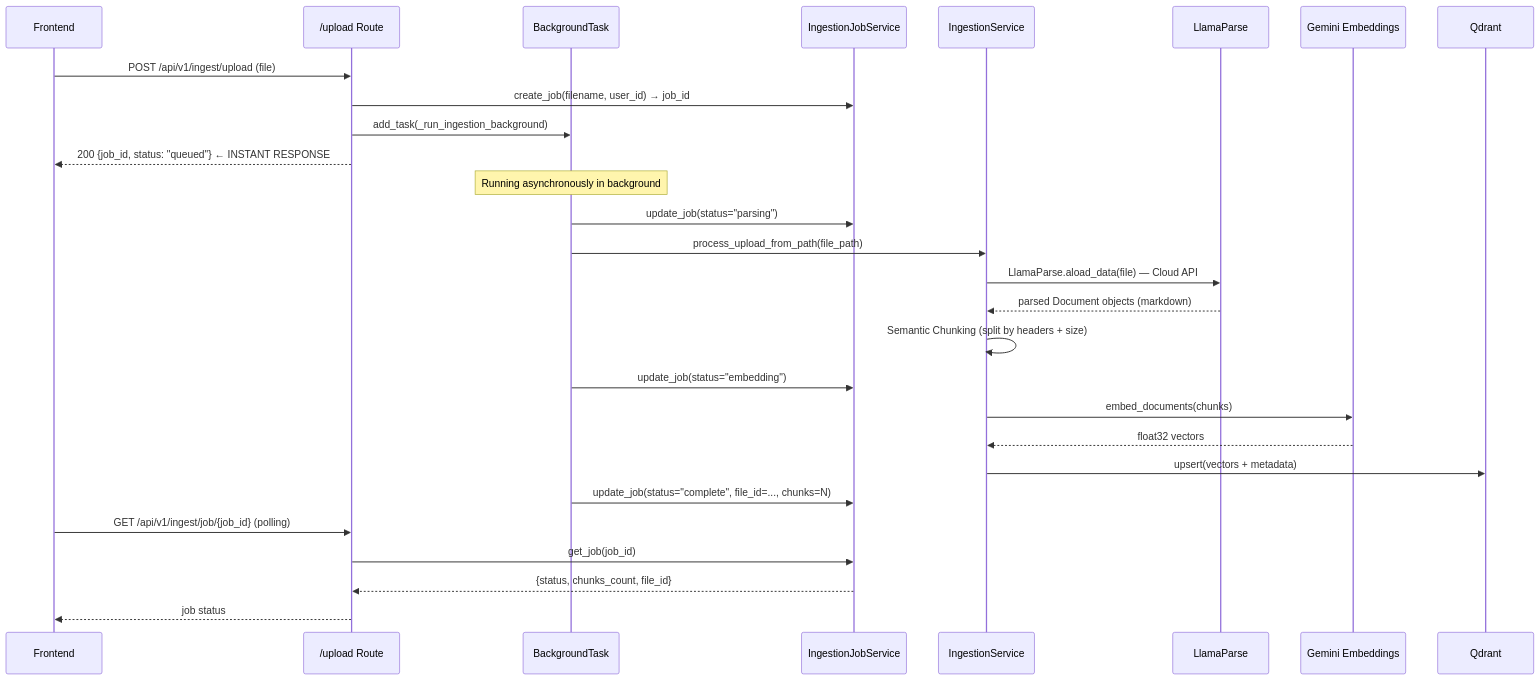
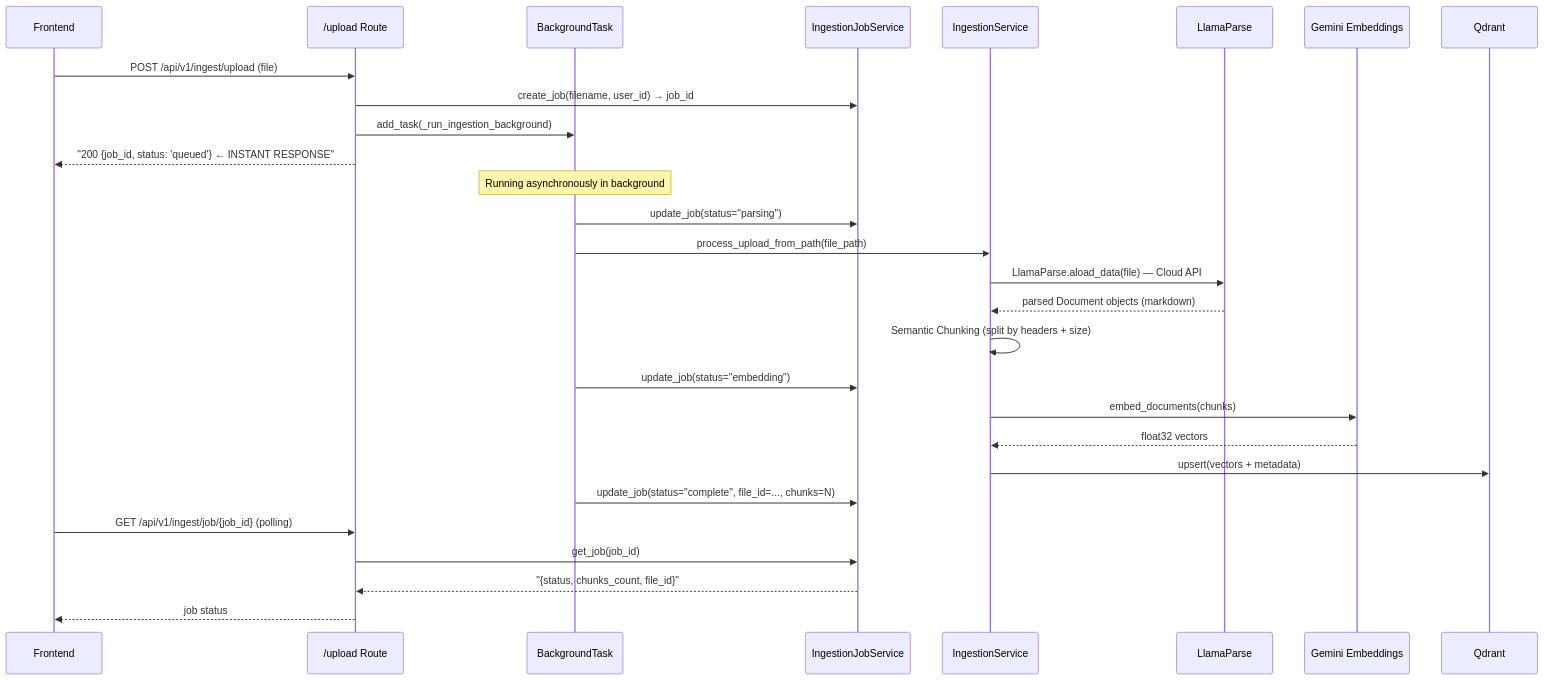
Before and after one commit to ankit-raj00/Chatbot_backend: the seventh of 12 diagrams in README.md, drawn with Mermaid. The commit also changed other lines of this file, not shown here.

Commit message:
docs: fix mermaid diagrams rendering syntax errors

````diff
--- a/README.md
+++ b/README.md
@@ -500,34 +499,34 @@
 ```mermaid
 sequenceDiagram
     participant FE as Frontend
     participant UPR as /upload Route
     participant BG as BackgroundTask
     participant IJS as IngestionJobService
     participant IS as IngestionService
     participant LP as LlamaParse
     participant EMBED as Gemini Embeddings
     participant QDRANT as Qdrant
 
     FE->>UPR: POST /api/v1/ingest/upload (file)
     UPR->>IJS: create_job(filename, user_id) → job_id
     UPR->>BG: add_task(_run_ingestion_background)
-    UPR-->>FE: 200 {job_id, status: "queued"} ← INSTANT RESPONSE
+    UPR-->>FE: "200 {job_id, status: 'queued'} ← INSTANT RESPONSE"
 
     Note over BG: Running asynchronously in background
 
     BG->>IJS: update_job(status="parsing")
     BG->>IS: process_upload_from_path(file_path)
     IS->>LP: LlamaParse.aload_data(file) — Cloud API
     LP-->>IS: parsed Document objects (markdown)
     IS->>IS: Semantic Chunking (split by headers + size)
     BG->>IJS: update_job(status="embedding")
     IS->>EMBED: embed_documents(chunks)
     EMBED-->>IS: float32 vectors
     IS->>QDRANT: upsert(vectors + metadata)
     BG->>IJS: update_job(status="complete", file_id=..., chunks=N)
 
     FE->>UPR: GET /api/v1/ingest/job/{job_id} (polling)
     UPR->>IJS: get_job(job_id)
-    IJS-->>UPR: {status, chunks_count, file_id}
+    IJS-->>UPR: "{status, chunks_count, file_id}"
     UPR-->>FE: job status
 ```
````
